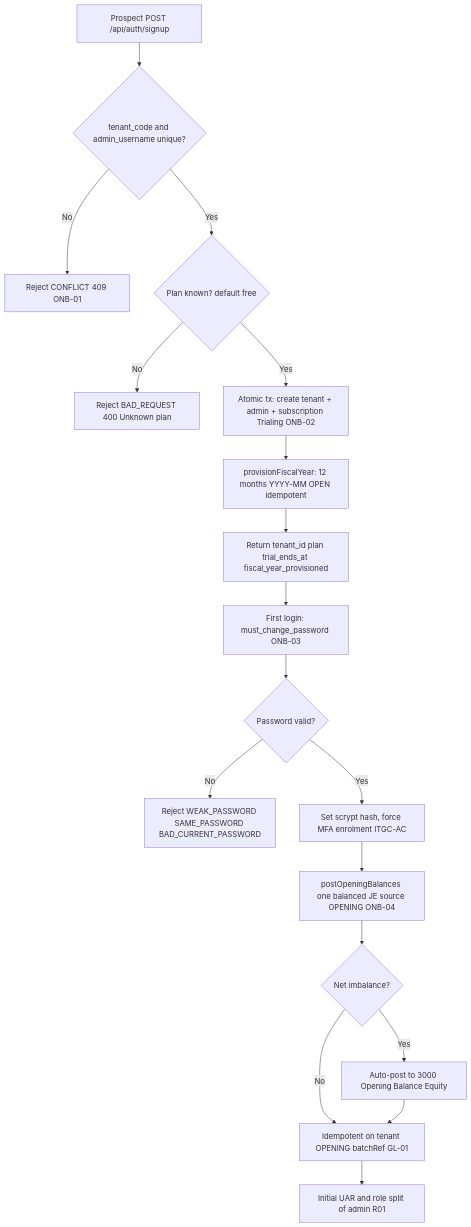
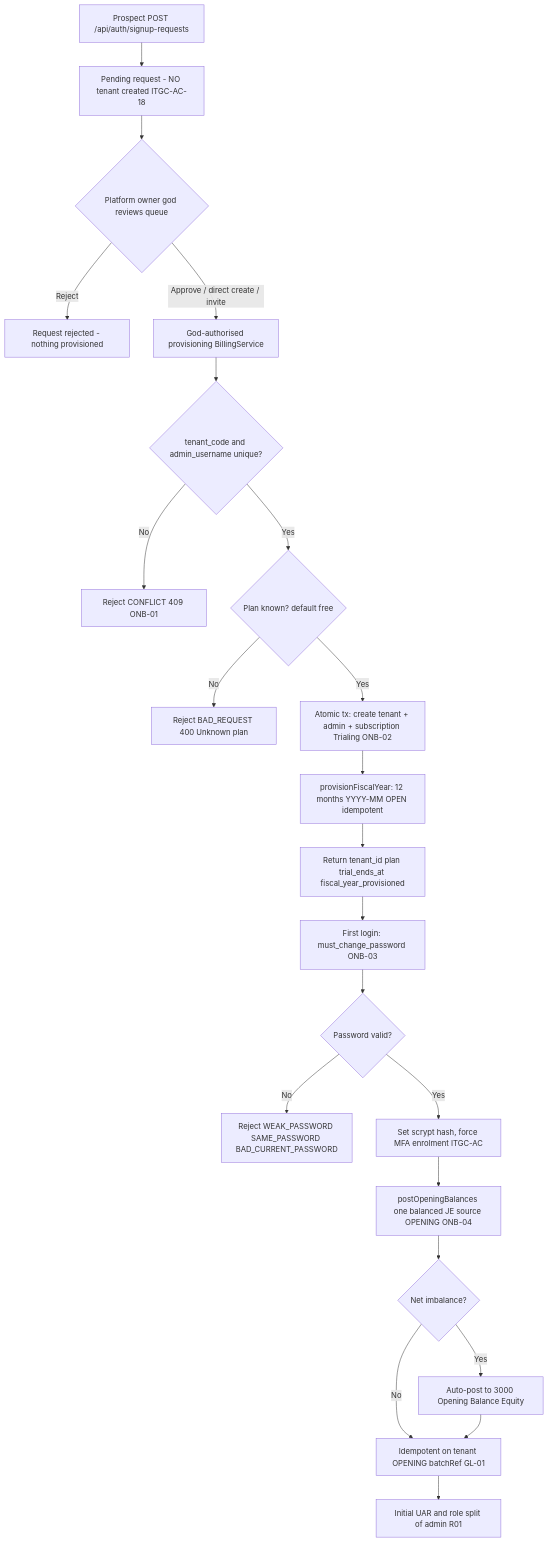
The diagram in docs/process-narratives/23-customer-onboarding-provisioning.md (wayla69/invisibleERP), drawn with Mermaid before and after one commit. The commit also changed other lines of this file and 16 other files, not shown here.

First line of the commit message:
feat(access): role definitions in user settings + god-only company creation & Admin-grant; maker-checker gap audit

````diff
--- a/docs/process-narratives/23-customer-onboarding-provisioning.md
+++ b/docs/process-narratives/23-customer-onboarding-provisioning.md
@@ -79,20 +83,24 @@
 ```mermaid
 flowchart TD
-    A[Prospect POST /api/auth/signup] --> B{tenant_code and admin_username unique?}
+    P0[Prospect POST /api/auth/signup-requests] --> P1[Pending request - NO tenant created ITGC-AC-18]
+    P1 --> P2{Platform owner god reviews queue}
+    P2 -- Reject --> P3[Request rejected - nothing provisioned]
+    P2 -- Approve / direct create / invite --> A
+    A[God-authorised provisioning BillingService] --> B{tenant_code and admin_username unique?}
     B -- No --> B1[Reject CONFLICT 409 ONB-01]
     B -- Yes --> C{Plan known? default free}
     C -- No --> C1[Reject BAD_REQUEST 400 Unknown plan]
     C -- Yes --> D[Atomic tx: create tenant + admin + subscription Trialing ONB-02]
     D --> E[provisionFiscalYear: 12 months YYYY-MM OPEN idempotent]
     E --> F[Return tenant_id plan trial_ends_at fiscal_year_provisioned]
     F --> G[First login: must_change_password ONB-03]
     G --> H{Password valid?}
     H -- No --> H1[Reject WEAK_PASSWORD SAME_PASSWORD BAD_CURRENT_PASSWORD]
     H -- Yes --> I[Set scrypt hash, force MFA enrolment ITGC-AC]
     I --> J[postOpeningBalances one balanced JE source OPENING ONB-04]
     J --> K{Net imbalance?}
     K -- Yes --> K1[Auto-post to 3000 Opening Balance Equity]
     K -- No --> L[Idempotent on tenant OPENING batchRef GL-01]
     K1 --> L
     L --> M[Initial UAR and role split of admin R01]
 ```
````
